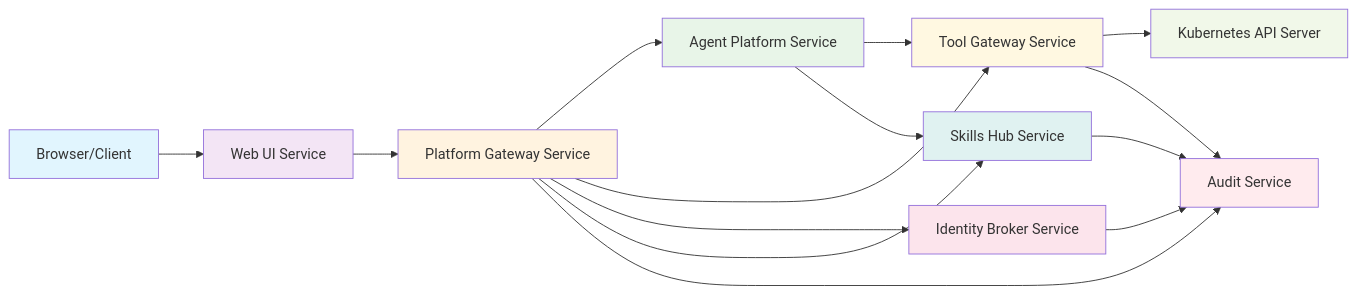
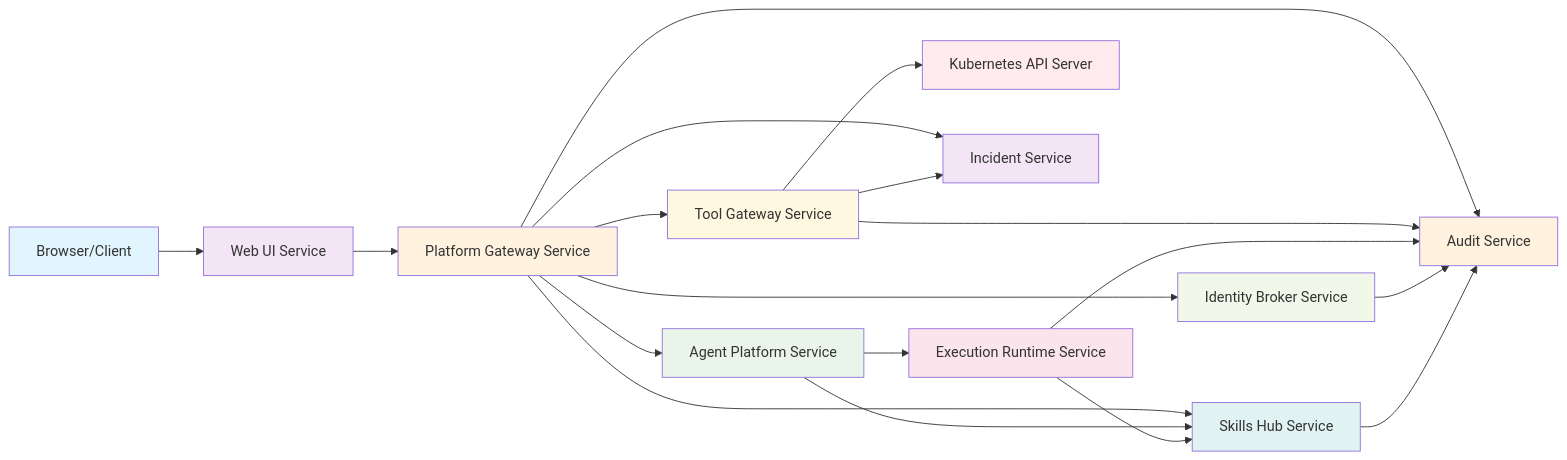
Before and after one commit to metasync/luban-aiops: the second of 2 diagrams in .qoder/repowiki/en/content/Deployment and Operations/Kubernetes Deployment.md, drawn with Mermaid. The commit also changed other lines of this file and 11 other files, not shown here.

````diff
--- a/.qoder/repowiki/en/content/Deployment and Operations/Kubernetes Deployment.md
+++ b/.qoder/repowiki/en/content/Deployment and Operations/Kubernetes Deployment.md
@@ -511,25 +602,31 @@
 ```mermaid
 graph LR
 A[Browser/Client] --> B[Web UI Service]
 B --> C[Platform Gateway Service]
 C --> D[Agent Platform Service]
 C --> E[Tool Gateway Service]
-D --> E
-C --> F[Identity Broker Service]
-E --> G[Kubernetes API Server]
-C --> H[Skills Hub Service]
-D --> H
-C --> I[Audit Service]
-E --> I
+D --> F[Execution Runtime Service]
+C --> G[Identity Broker Service]
+E --> H[Kubernetes API Server]
+C --> I[Skills Hub Service]
+D --> I
 F --> I
-H --> I
+C --> J[Audit Service]
+E --> J
+F --> J
+G --> J
+I --> J
+C --> K[Incident Service]
+E --> K
 style A fill:#e1f5fe
 style B fill:#f3e5f5
 style C fill:#fff3e0
 style D fill:#e8f5e8
 style E fill:#fff8e1
 style F fill:#fce4ec
 style G fill:#f1f8e9
-style H fill:#e0f2f1
-style I fill:#ffebee
+style H fill:#ffebee
+style I fill:#e0f2f1
+style J fill:#fff3e0
+style K fill:#f3e5f5
 ```
````
